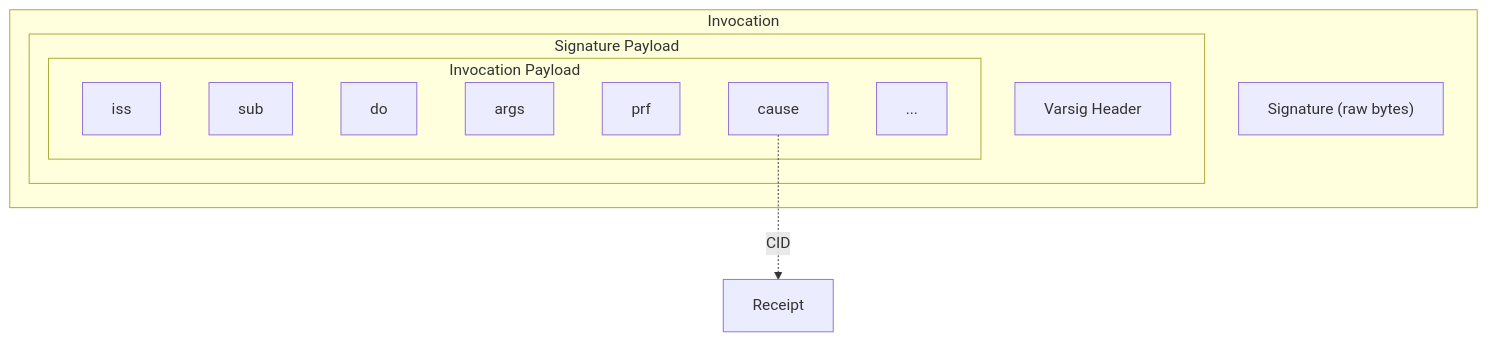
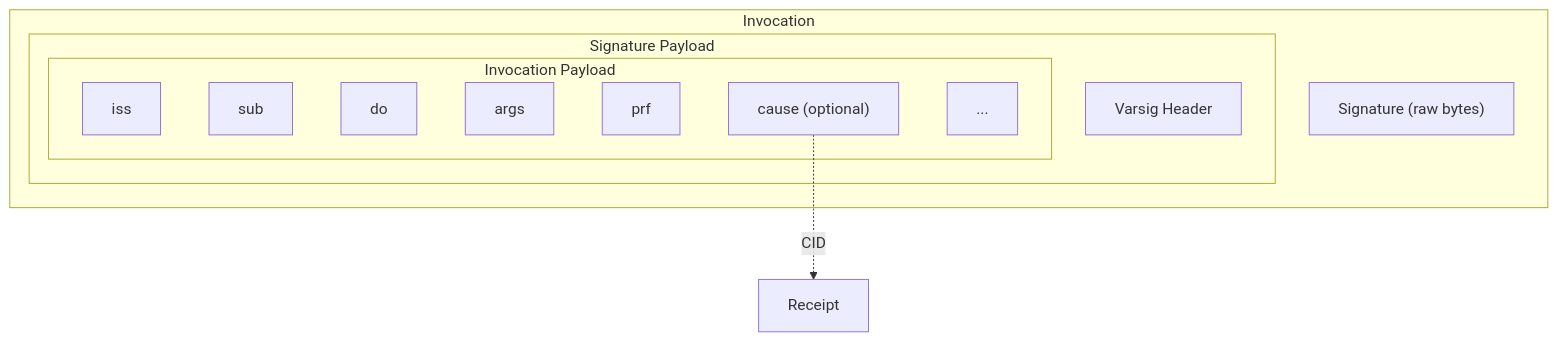
Before and after one commit to ucan-wg/invocation: the third of 4 diagrams in README.md, drawn with Mermaid. The commit also changed other lines of this file, not shown here.

````diff
--- a/README.md
+++ b/README.md
@@ -207,22 +170,22 @@
 ``` mermaid
 flowchart TD
     subgraph Invocation
         SignatureBytes["Signature (raw bytes)"]
       
         subgraph SigPayload ["Signature Payload"]
             VarsigHeader["Varsig Header"]
 
             subgraph InvocationPayload ["Invocation Payload"]
                 iss
                 sub
                 do
                 args
                 prf
-                cause
+                cause["cause (optional)"]
                 etc["..."]
             end
         end
     end
     
     cause -.->|CID| Receipt
 ```
````
